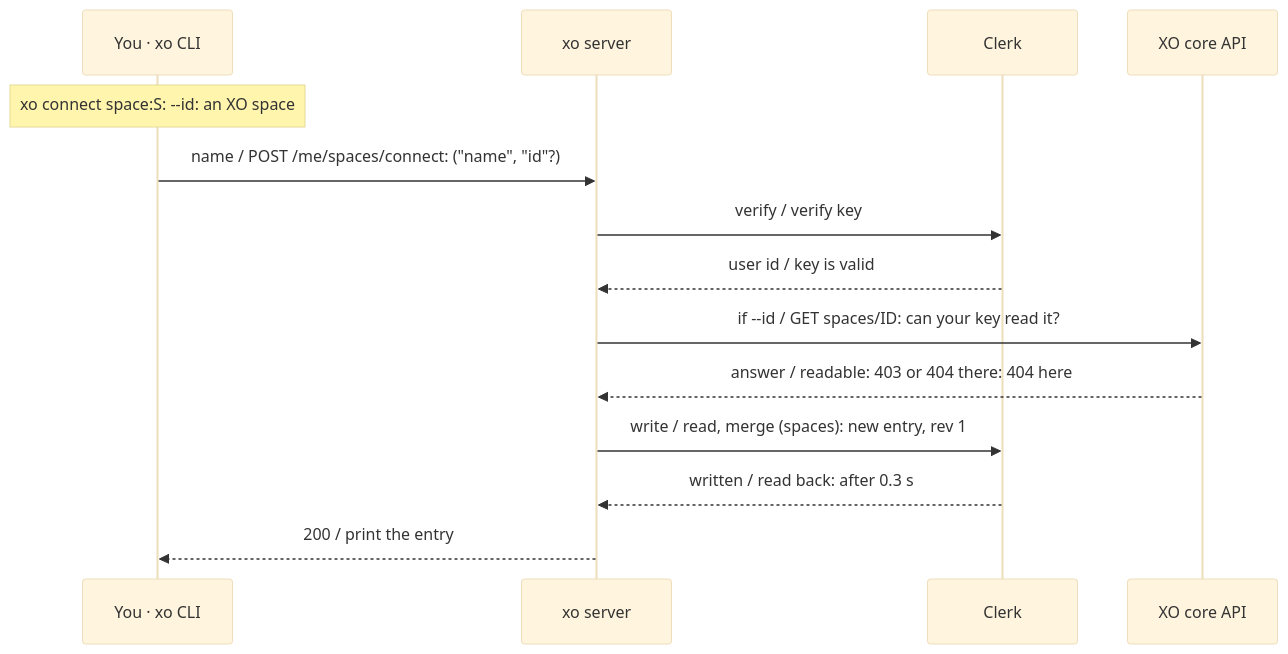
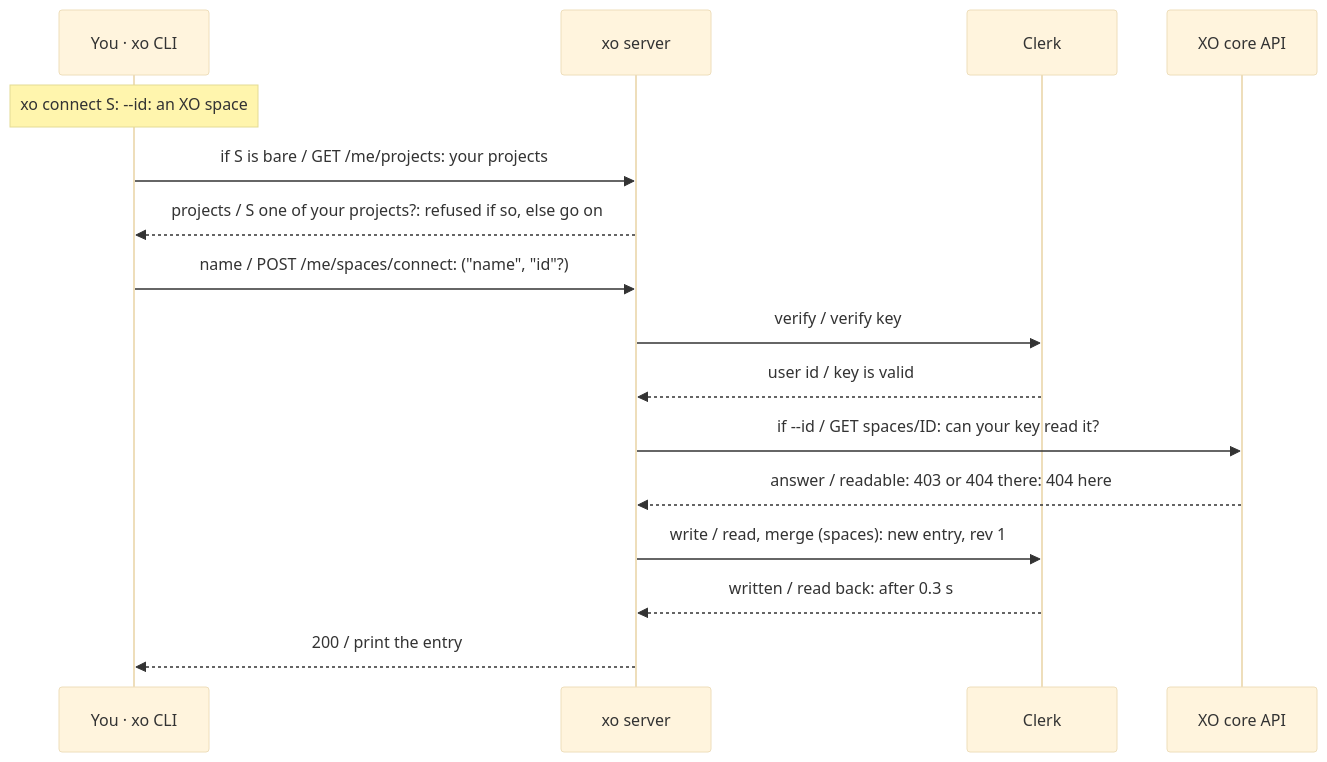
Before and after one commit to quirq-ai/xo: diagram 14 of 30 in docs/architecture.md, drawn with Mermaid (base theme). The commit also changed other lines of this file and 5 other files, not shown here.

````diff
--- a/docs/architecture.md
+++ b/docs/architecture.md
@@ -318,16 +318,18 @@
 ```mermaid
 sequenceDiagram
   participant Cli as You · xo CLI
   participant Srv as xo server
   participant Clerk as Clerk
   participant Xo as XO core API
-  Note over Cli: xo connect space:S: --id: an XO space
+  Note over Cli: xo connect S: --id: an XO space
+  Cli->>Srv: if S is bare / GET /me/projects: your projects
+  Srv-->>Cli: projects / S one of your projects?: refused if so, else go on
   Cli->>Srv: name / POST /me/spaces/connect: ("name", "id"?)
   Srv->>Clerk: verify / verify key
   Clerk-->>Srv: user id / key is valid
   Srv->>Xo: if --id / GET spaces/ID: can your key read it?
   Xo-->>Srv: answer / readable: 403 or 404 there: 404 here
   Srv->>Clerk: write / read, merge (spaces): new entry, rev 1
   Clerk-->>Srv: written / read back: after 0.3 s
   Srv-->>Cli: 200 / print the entry
 ```
````
